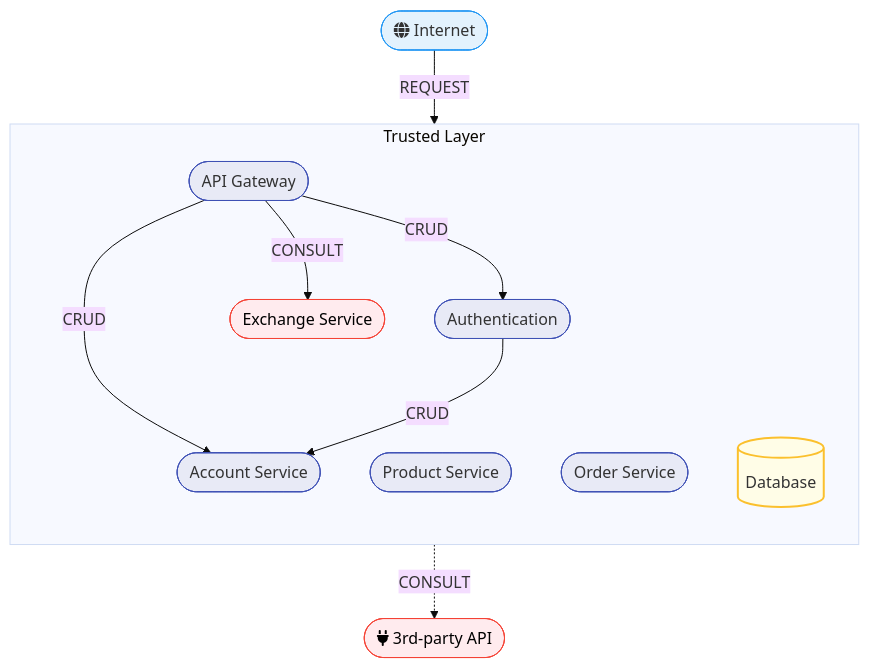
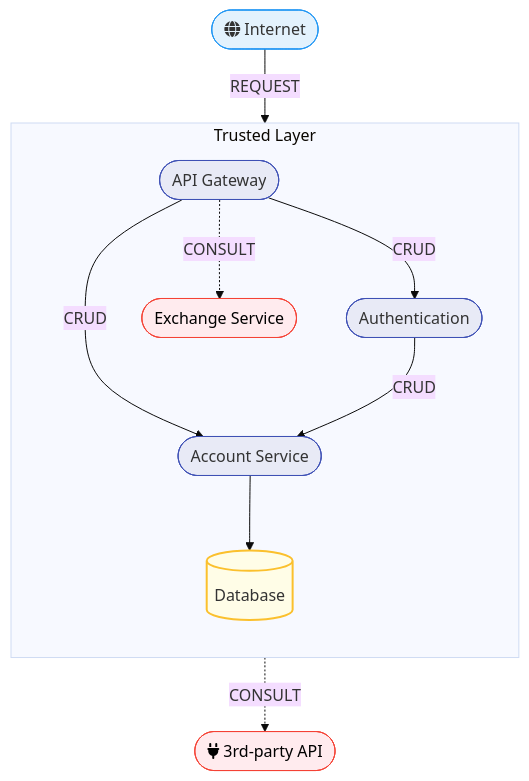
One commit to laupontiroli/platforms changed the diagram in docs/roteiro1/main.md. Above: the diagram before and after it, drawn with Mermaid (base theme). The commit also changed other lines of this file and 12 other files, not shown here.

````diff
--- a/docs/roteiro1/main.md
+++ b/docs/roteiro1/main.md
@@ -30,38 +31,37 @@
 ```mermaid
 flowchart TD
     %% STYLES
     classDef external fill:#e3f2fd,stroke:#2196f3,color:#333;
     classDef trusted fill:#e8eaf6,stroke:#3f51b5,color:#333;
     classDef database fill:#fffde7,stroke:#fbc02d,stroke-width:2px;
     classDef danger fill:#ffebee,stroke:#f44336,color:#000;
 
     %% EXTERNAL LAYER
     internet([fa:fa-globe Internet]):::external
     api3rd([fa:fa-plug 3rd-party API]):::external
 
     %% TRUSTED LAYER
     subgraph "Trusted Layer"
         direction TB
         gateway([API Gateway]):::trusted
         auth([Authentication]):::trusted
         account([Account Service]):::trusted
-        product([Product Service]):::trusted
-        order([Order Service]):::trusted
         exchange([Exchange Service]):::danger
         db[(Database)]:::database
     end
 
     %% FLOWS (All labelled as CRUD for simplicity)
     internet-->|REQUEST|gateway
     gateway-->|CRUD|auth
     gateway-->|CRUD|account
-    gateway-->|CONSULT|exchange
+    gateway-.->|CONSULT|exchange
+    account --> db
 
     auth-->|CRUD|account
 
     exchange-.->|CONSULT|api3rd
 
     %% LINK STYLE FOR DANGER ZONE
     class exchange,api3rd danger
 
 ```
````
